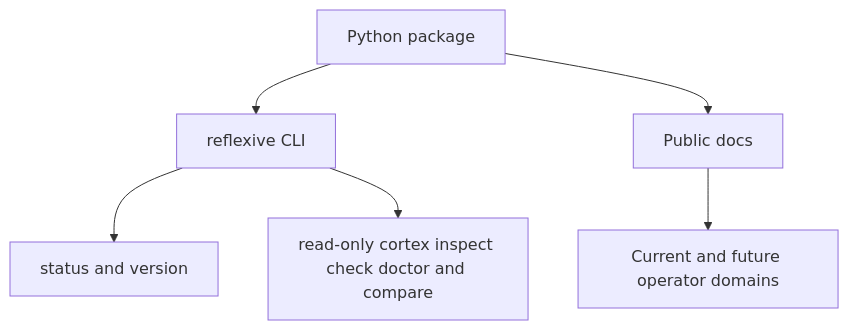
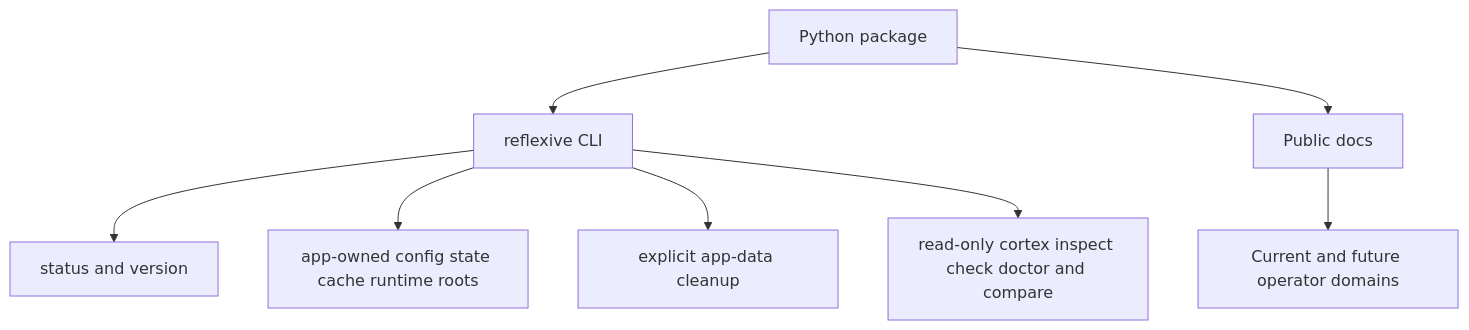
One commit to rohankhanna/reflexive changed the diagram in docs/architecture.md. Above: the diagram before and after it, drawn with Mermaid. The commit also changed other lines of this file and 6 other files, not shown here.

Commit message:
feat: add public app paths and purge commands

````diff
--- a/docs/architecture.md
+++ b/docs/architecture.md
@@ -16,8 +16,10 @@
 ```mermaid
 flowchart TD
     PKG[Python package] --> CLI[reflexive CLI]
     CLI --> STATUS[status and version]
+    CLI --> PATHS[app-owned config state cache runtime roots]
+    CLI --> PURGE[explicit app-data cleanup]
     CLI --> CORTEX[read-only cortex inspect check doctor and compare]
     PKG --> DOCS[Public docs]
     DOCS --> DOMAINS[Current and future operator domains]
 ```
````
